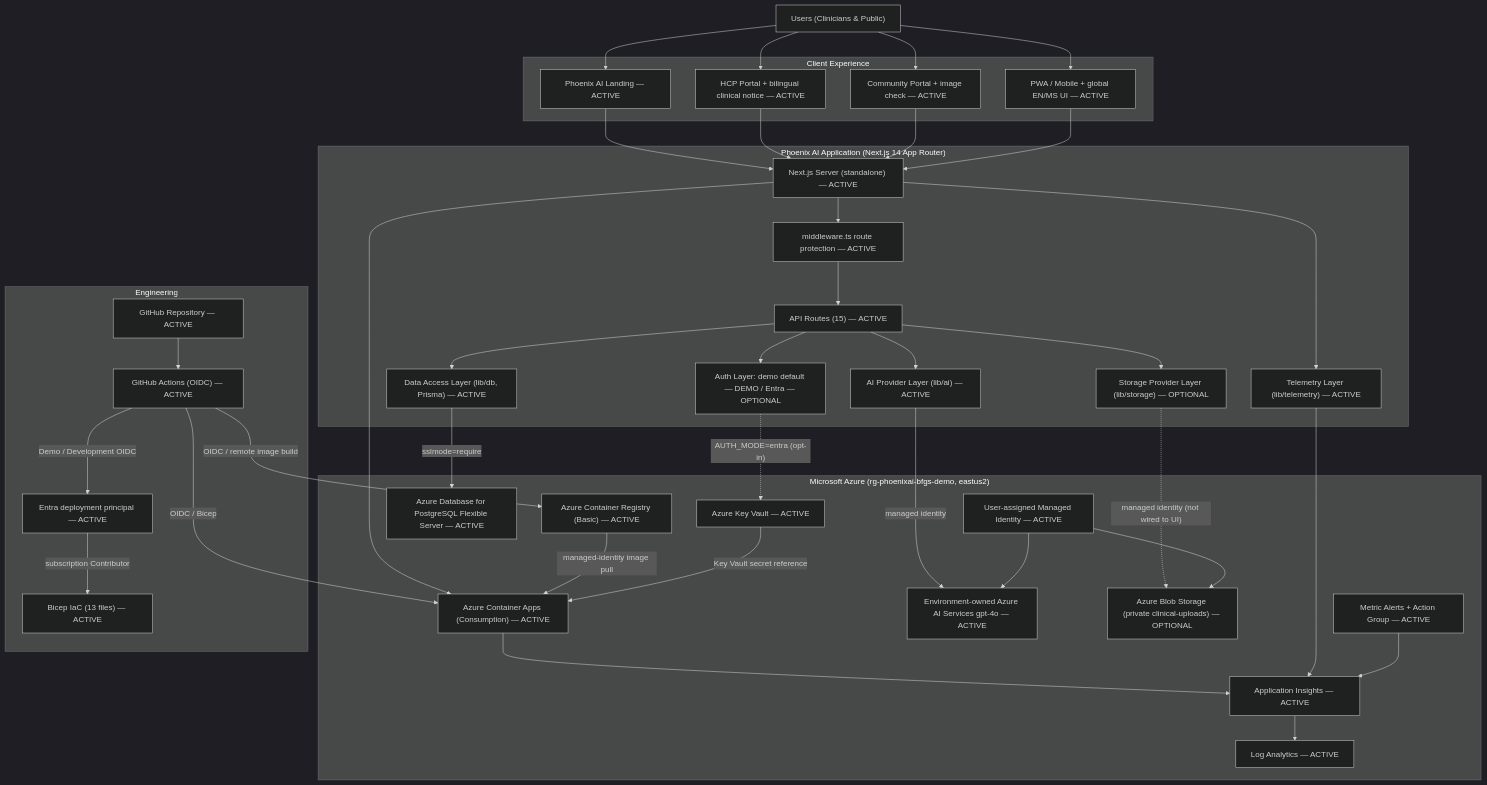
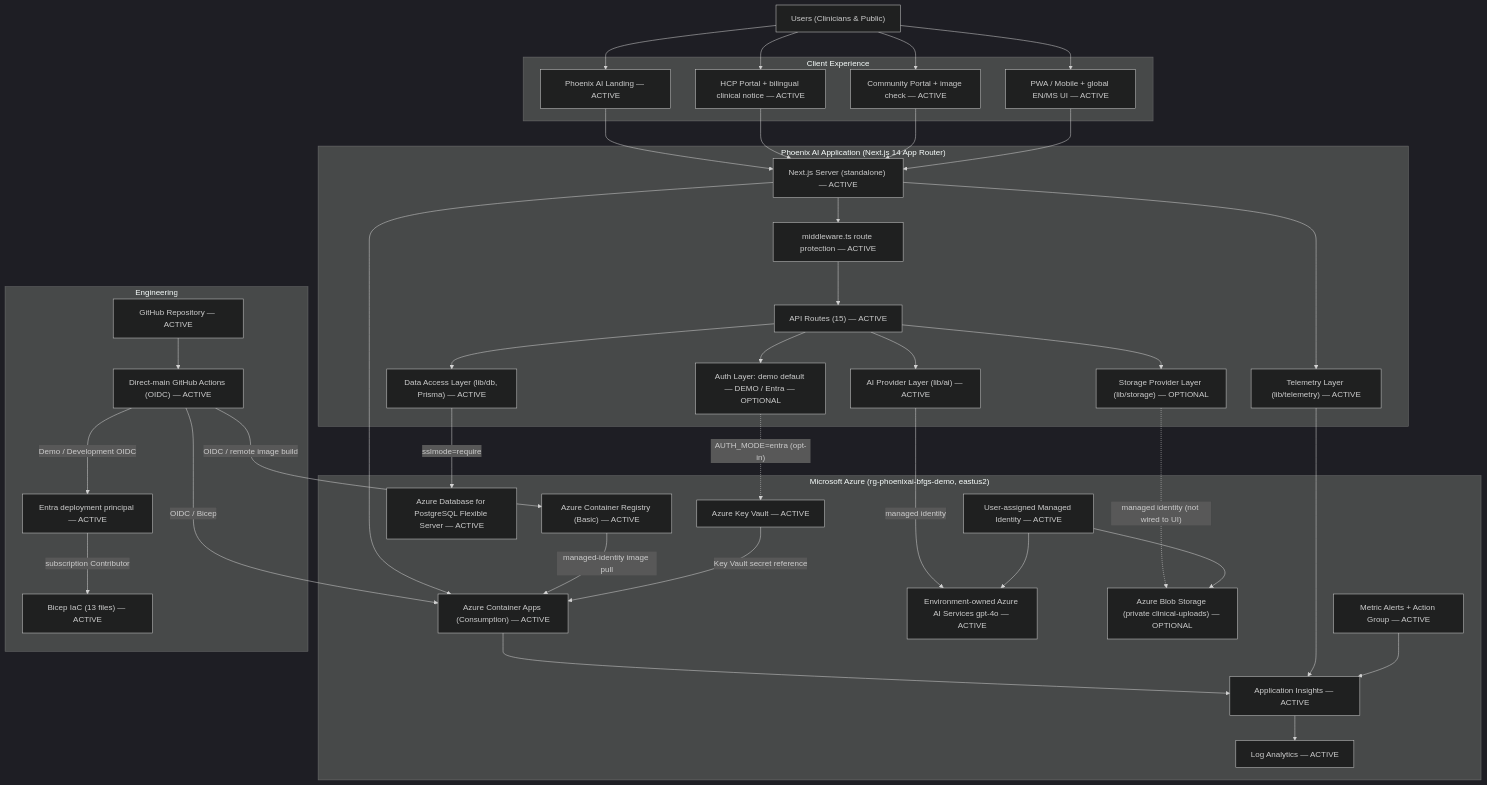
Before and after one commit to polyfuze4336-bot/phoenix-ai-azure: the diagram in docs/architecture/current-architecture.md, drawn with Mermaid (dark theme). The commit also changed other lines of this file and 30 other files, not shown here.

Commit message:
chore: simplify direct-main delivery workflow

````diff
--- a/docs/architecture/current-architecture.md
+++ b/docs/architecture/current-architecture.md
@@ -55,81 +55,81 @@
 ```mermaid
 flowchart TB
     Users["Users (Clinicians & Public)"]
 
     subgraph CLIENT["Client Experience"]
         Landing["Phoenix AI Landing — ACTIVE"]
         HCP["HCP Portal + bilingual clinical notice — ACTIVE"]
         Community["Community Portal + image check — ACTIVE"]
         PWA["PWA / Mobile + global EN/MS UI — ACTIVE"]
     end
 
     subgraph APP["Phoenix AI Application (Next.js 14 App Router)"]
         Next["Next.js Server (standalone) — ACTIVE"]
         MW["middleware.ts route protection — ACTIVE"]
         API["API Routes (15) — ACTIVE"]
         Auth["Auth Layer: demo default — DEMO / Entra — OPTIONAL"]
         AIProvider["AI Provider Layer (lib/ai) — ACTIVE"]
         Data["Data Access Layer (lib/db, Prisma) — ACTIVE"]
         Storage["Storage Provider Layer (lib/storage) — OPTIONAL"]
         Telemetry["Telemetry Layer (lib/telemetry) — ACTIVE"]
     end
 
     subgraph AZURE["Microsoft Azure (rg-phoenixai-bfgs-demo, eastus2)"]
         ContainerApp["Azure Container Apps (Consumption) — ACTIVE"]
         ACR["Azure Container Registry (Basic) — ACTIVE"]
         Foundry["Environment-owned Azure AI Services gpt-4o — ACTIVE"]
         PostgreSQL["Azure Database for PostgreSQL Flexible Server — ACTIVE"]
         Blob["Azure Blob Storage (private clinical-uploads) — OPTIONAL"]
         KV["Azure Key Vault — ACTIVE"]
         MI["User-assigned Managed Identity — ACTIVE"]
         Insights["Application Insights — ACTIVE"]
         Logs["Log Analytics — ACTIVE"]
         Alerts["Metric Alerts + Action Group — ACTIVE"]
     end
 
     subgraph DEVOPS["Engineering"]
         GitHub["GitHub Repository — ACTIVE"]
-        Actions["GitHub Actions (OIDC) — ACTIVE"]
+        Actions["Direct-main GitHub Actions (OIDC) — ACTIVE"]
         DeployIdentity["Entra deployment principal — ACTIVE"]
         Bicep["Bicep IaC (13 files) — ACTIVE"]
     end
 
     Users --> Landing
     Users --> HCP
     Users --> Community
     Users --> PWA
 
     Landing --> Next
     HCP --> Next
     Community --> Next
     PWA --> Next
 
     Next --> MW
     MW --> API
     API --> Auth
     API --> AIProvider
     API --> Data
     API --> Storage
     Next --> Telemetry
 
     AIProvider -->|"managed identity"| Foundry
     Data -->|"sslmode=require"| PostgreSQL
     Storage -.->|"managed identity (not wired to UI)"| Blob
     Auth -.->|"AUTH_MODE=entra (opt-in)"| KV
 
     Next --> ContainerApp
     ACR -->|"managed-identity image pull"| ContainerApp
     ContainerApp --> Insights
     Telemetry --> Insights
     Insights --> Logs
     Alerts --> Insights
     KV -->|"Key Vault secret reference"| ContainerApp
     MI --> Foundry
     MI --> Blob
 
     GitHub --> Actions
     Actions -->|"Demo / Development OIDC"| DeployIdentity
     DeployIdentity -->|"subscription Contributor"| Bicep
     Actions -->|"OIDC / remote image build"| ACR
     Actions -->|"OIDC / Bicep"| ContainerApp
 ```
````
